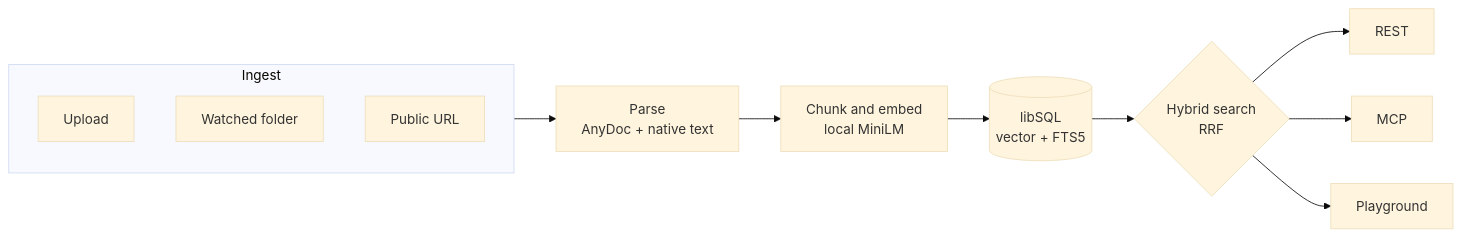
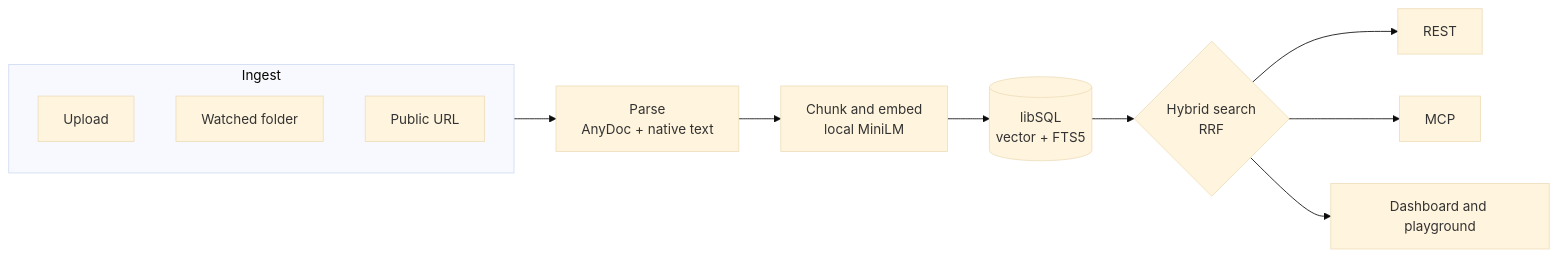
One commit to raysca/mcp-knowledge changed the second of 2 diagrams in README.md. Above: the diagram before and after it, drawn with Mermaid (base theme). The commit also changed other lines of this file and 1 other file, not shown here.

Commit message:
docs: foreground dashboard and local RAG workflow

````diff
--- a/README.md
+++ b/README.md
@@ -176,15 +231,15 @@
 ```mermaid
 flowchart LR
     subgraph In["Ingest"]
         U[Upload]
         L[Watched folder]
         R[Public URL]
     end
     In --> P["Parse<br/>AnyDoc + native text"]
     P --> C["Chunk and embed<br/>local MiniLM"]
     C --> D[("libSQL<br/>vector + FTS5")]
     D --> H{"Hybrid search<br/>RRF"}
     H --> REST[REST]
     H --> MCP[MCP]
-    H --> UI[Playground]
+    H --> UI[Dashboard and playground]
 ```
````
